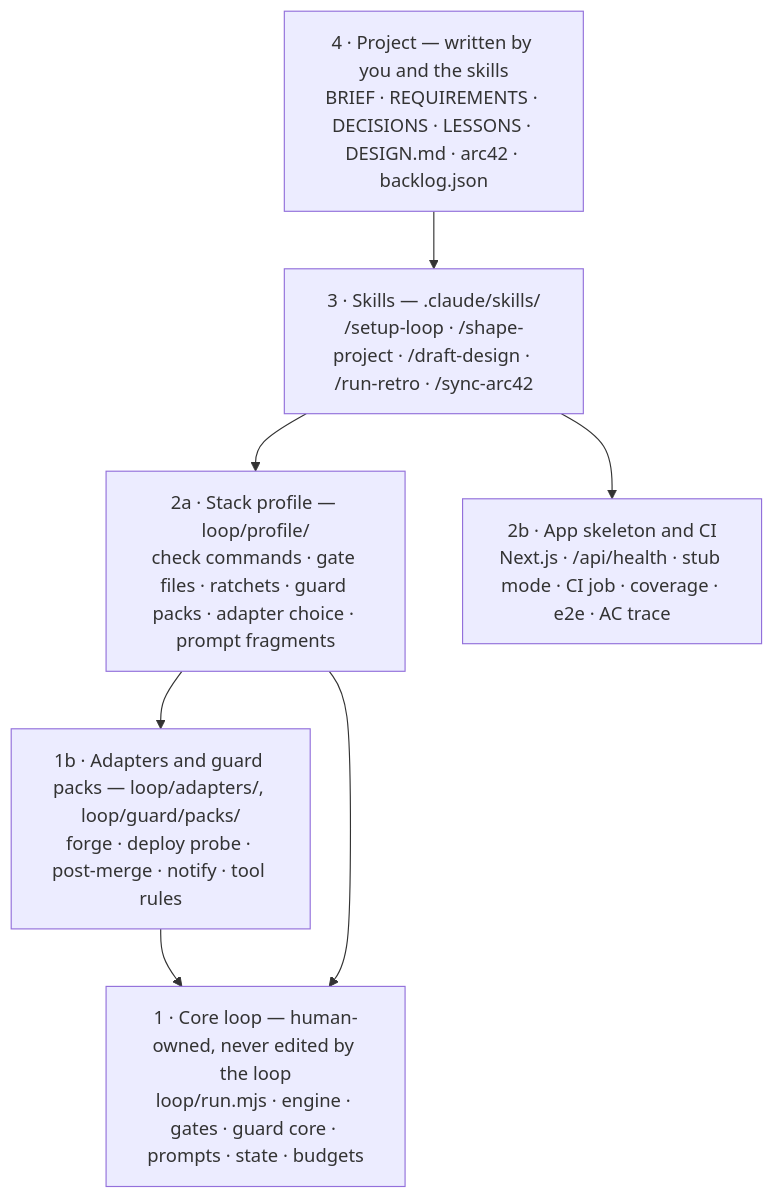
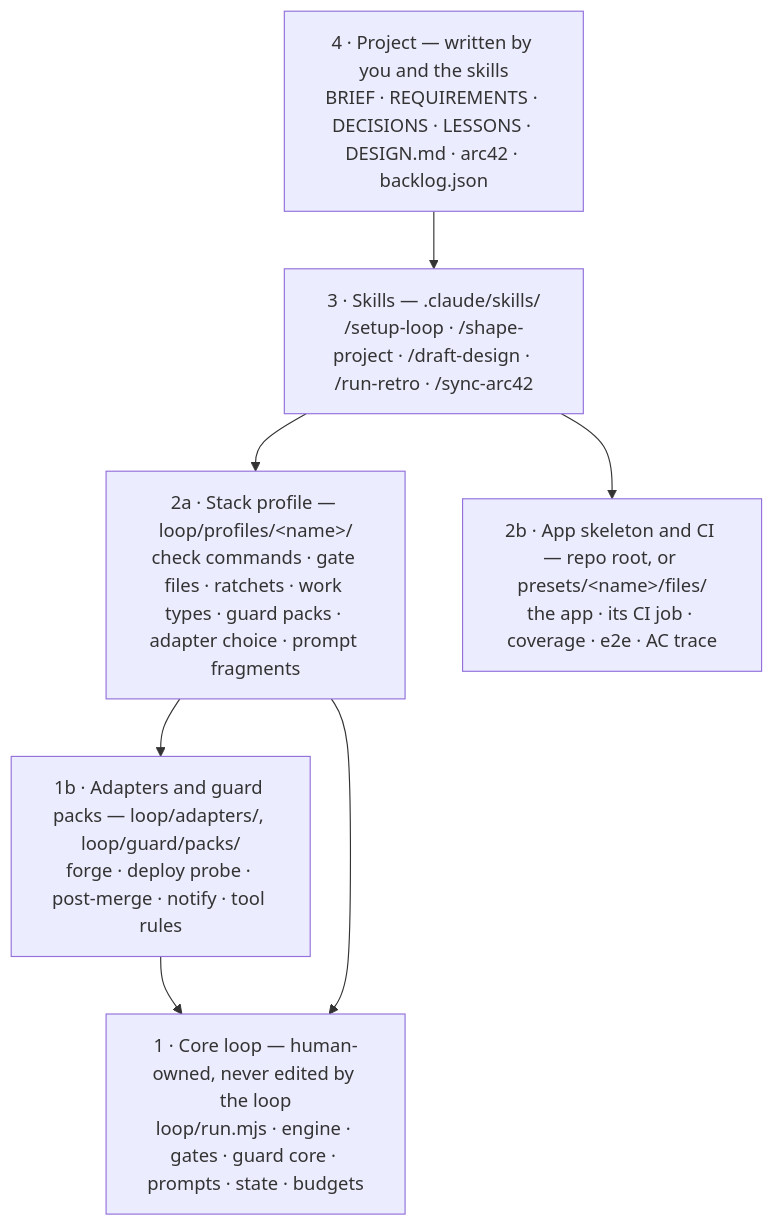
One commit to yungxramoz/real-gates changed the second of 2 diagrams in README.md. Above: the diagram before and after it, drawn with Mermaid. The commit also changed other lines of this file and 68 other files, not shown here.

````diff
--- a/README.md
+++ b/README.md
@@ -74,12 +77,12 @@
 ```mermaid
 flowchart TB
   L4["4 · Project — written by you and the skills<br/>BRIEF · REQUIREMENTS · DECISIONS · LESSONS · DESIGN.md · arc42 · backlog.json"]
   L3["3 · Skills — .claude/skills/<br/>/setup-loop · /shape-project · /draft-design · /run-retro · /sync-arc42"]
-  L2a["2a · Stack profile — loop/profile/<br/>check commands · gate files · ratchets · guard packs · adapter choice · prompt fragments"]
-  L2b["2b · App skeleton and CI<br/>Next.js · /api/health · stub mode · CI job · coverage · e2e · AC trace"]
+  L2a["2a · Stack profile — loop/profiles/&lt;name&gt;/<br/>check commands · gate files · ratchets · work types · guard packs · adapter choice · prompt fragments"]
+  L2b["2b · App skeleton and CI — repo root, or presets/&lt;name&gt;/files/<br/>the app · its CI job · coverage · e2e · AC trace"]
   L1b["1b · Adapters and guard packs — loop/adapters/, loop/guard/packs/<br/>forge · deploy probe · post-merge · notify · tool rules"]
   L1["1 · Core loop — human-owned, never edited by the loop<br/>loop/run.mjs · engine · gates · guard core · prompts · state · budgets"]
   L4 --> L3 --> L2a --> L1b --> L1
   L3 --> L2b
   L2a --> L1
 ```
````
